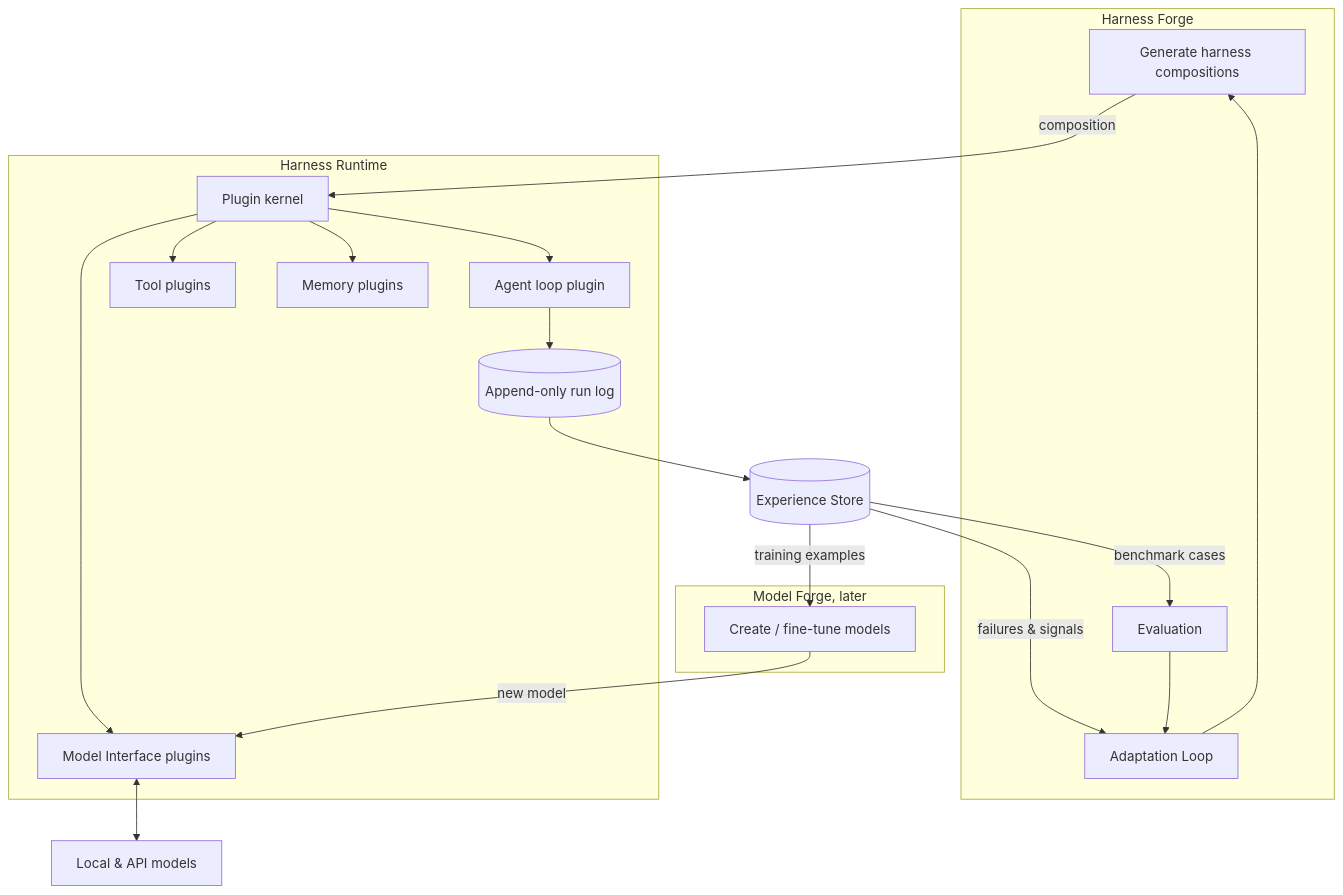
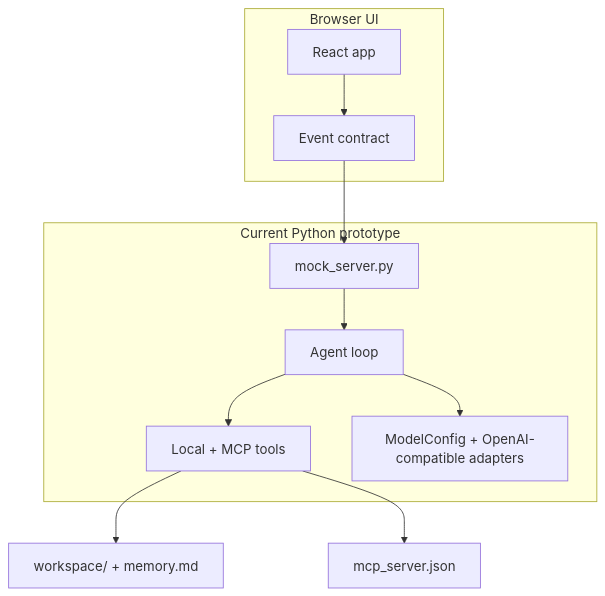
Before and after one commit to LS-Stray-Synapses/Axol: the first of 2 diagrams in docs/Architecture/Overview.md, drawn with Mermaid. The commit also changed other lines of this file and 16 other files, not shown here.

````diff
--- a/docs/Architecture/Overview.md
+++ b/docs/Architecture/Overview.md
@@ -12,30 +13,22 @@
 ```mermaid
 flowchart TB
-    subgraph MF[Model Forge, later]
-        Train[Create / fine-tune models]
+    subgraph Browser[Browser UI]
+        UI[React app]
+        Contract[Event contract]
     end
-    subgraph HF[Harness Forge]
-        Gen[Generate harness compositions]
-        Adapt[Adaptation Loop]
-        Eval[Evaluation]
+
+    subgraph Runtime[Current Python prototype]
+        Mock[mock_server.py]
+        Agent[Agent loop]
+        Tools[Local + MCP tools]
+        Models[ModelConfig + OpenAI-compatible adapters]
     end
-    subgraph RT[Harness Runtime]
-        Kernel[Plugin kernel]
-        Loop[Agent loop plugin]
-        Tools[Tool plugins]
-        Mem[Memory plugins]
-        MIL[Model Interface plugins]
-        Log[(Append-only run log)]
-    end
-    XS[(Experience Store)]
 
-    Gen -- composition --> Kernel
-    Kernel --> Loop & Tools & Mem & MIL
-    Loop --> Log
-    Log --> XS
-    XS -- failures & signals --> Adapt --> Gen
-    XS -- benchmark cases --> Eval --> Adapt
-    XS -- training examples --> Train
-    Train -- new model --> MIL
-    MIL <--> Models[Local & API models]
+    UI --> Contract
+    Contract --> Mock
+    Mock --> Agent
+    Agent --> Tools
+    Agent --> Models
+    Tools --> Workspace[workspace/ + memory.md]
+    Tools --> MCP[mcp_server.json]
 ```
````
